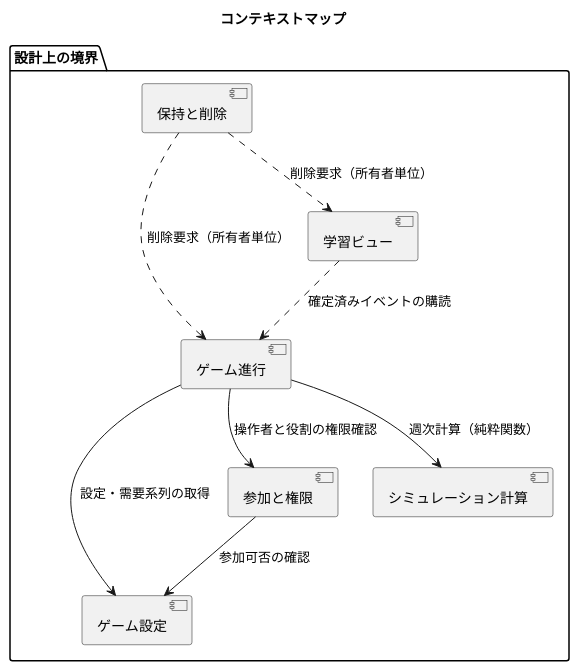
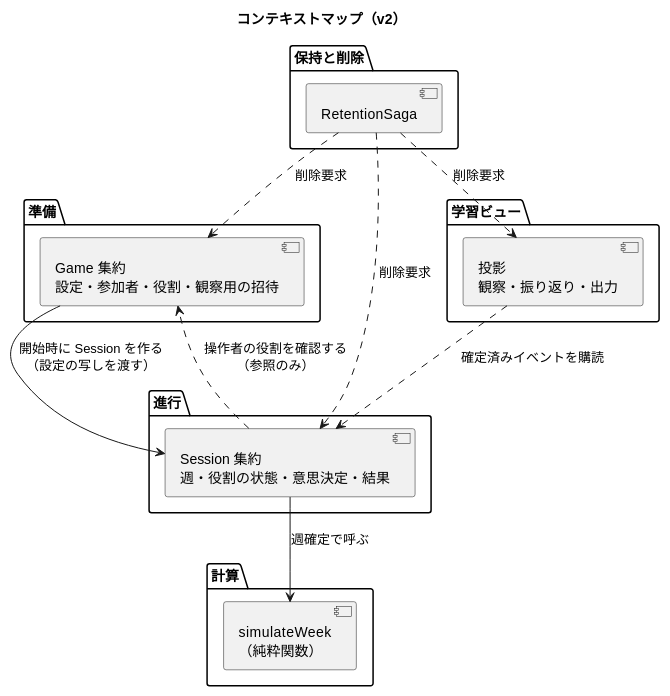
One commit to k2works/case-study-beer-game-simulation changed the second of 5 diagrams in docs/design/beer-game2/domain-model.md. Above: the diagram before and after it, drawn with PlantUML. The commit also changed other lines of this file and 2 other files, not shown here.

First line of the commit message:
docs(beer-game2): ドメインモデルを v2 に改訂

````diff
--- a/docs/design/beer-game2/domain-model.md
+++ b/docs/design/beer-game2/domain-model.md
@@ -61,22 +64,29 @@
 ```plantuml
 @startuml
-title コンテキストマップ
+title コンテキストマップ（v2）
 
-package "設計上の境界" {
-  component "ゲーム設定" as GC
-  component "参加と権限" as PA
-  component "ゲーム進行" as GS
-  component "シミュレーション計算" as SE
-  component "学習ビュー" as LV
-  component "保持と削除" as RT
+package "準備" {
+  component "Game 集約\n設定・参加者・役割・観察用の招待" as GAME
+}
+package "進行" {
+  component "Session 集約\n週・役割の状態・意思決定・結果" as SESS
+}
+package "計算" {
+  component "simulateWeek\n（純粋関数）" as SIM
+}
+package "学習ビュー" {
+  component "投影\n観察・振り返り・出力" as LV
+}
+package "保持と削除" {
+  component "RetentionSaga" as RT
 }
 
-PA --> GC : 参加可否の確認
-GS --> GC : 設定・需要系列の取得
-GS --> PA : 操作者と役割の権限確認
-GS --> SE : 週次計算（純粋関数）
-LV ..> GS : 確定済みイベントの購読
-RT ..> GS : 削除要求（所有者単位）
-RT ..> LV : 削除要求（所有者単位）
+GAME --> SESS : 開始時に Session を作る\n（設定の写しを渡す）
+SESS --> SIM : 週確定で呼ぶ
+SESS ..> GAME : 操作者の役割を確認する\n（参照のみ）
+LV ..> SESS : 確定済みイベントを購読
+RT ..> GAME : 削除要求
+RT ..> SESS : 削除要求
+RT ..> LV : 削除要求
 @enduml
 ```
````
